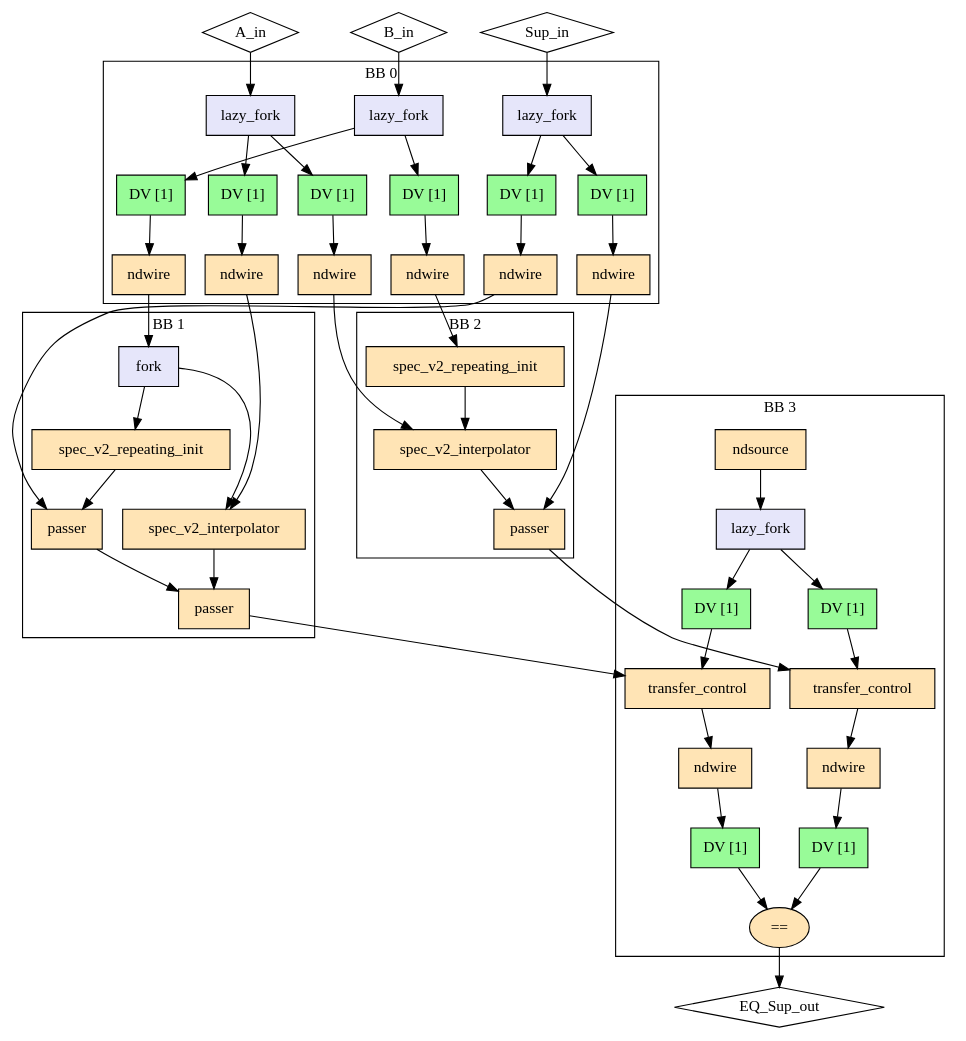
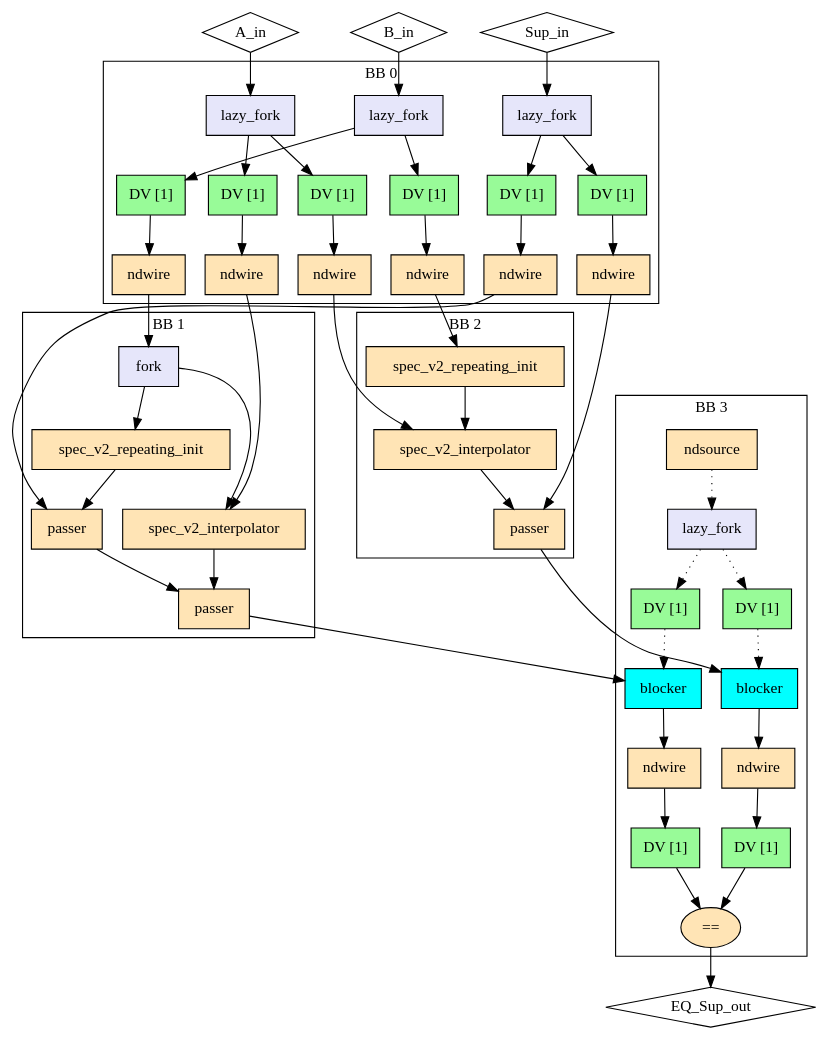
Before and after one commit to EPFL-LAP/dynamatic: the diagram in experimental/tools/elastic-miter/out/interpolator_ind/miter/model.dot, drawn with Graphviz. The commit also changed 159 other files, not shown here.

```diff
--- a/experimental/tools/elastic-miter/out/interpolator_ind/miter/model.dot
+++ b/experimental/tools/elastic-miter/out/interpolator_ind/miter/model.dot
@@ -14,8 +14,8 @@
   "rhs_in_ndw_B_in" -> "rhs_ri" ["dir"="both", "style"="solid", "arrowhead"="normal", "from_idx"="0", "to"="ins", "arrowtail"="none", "from"="outs", "to_idx"="0"]
   "lhs_in_ndw_Sup_in" -> "lhs_passer1" ["dir"="both", "style"="solid", "arrowhead"="normal", "from_idx"="0", "to"="data", "arrowtail"="none", "from"="outs", "to_idx"="0"]
   "rhs_in_ndw_Sup_in" -> "rhs_passer" ["dir"="both", "style"="solid", "arrowhead"="normal", "from_idx"="0", "to"="data", "arrowtail"="none", "from"="outs", "to_idx"="0"]
-  "lhs_passer2" -> "out_lhs_tc_Sup_out" ["dir"="both", "style"="solid", "arrowhead"="normal", "from_idx"="0", "to"="ins", "arrowtail"="none", "from"="result", "to_idx"="0"]
-  "rhs_passer" -> "out_rhs_tc_Sup_out" ["dir"="both", "style"="solid", "arrowhead"="normal", "from_idx"="0", "to"="ins", "arrowtail"="none", "from"="result", "to_idx"="0"]
+  "lhs_passer2" -> "out_lhs_bl_Sup_out" ["dir"="both", "style"="solid", "arrowhead"="normal", "from_idx"="0", "to"="ins", "arrowtail"="none", "from"="result", "to_idx"="0"]
+  "rhs_passer" -> "out_rhs_bl_Sup_out" ["dir"="both", "style"="solid", "arrowhead"="normal", "from_idx"="0", "to"="ins", "arrowtail"="none", "from"="result", "to_idx"="0"]
   "out_eq_Sup_out" -> "EQ_Sup_out" ["dir"="both", "style"="solid", "arrowhead"="normal", "from_idx"="0", "to"="EQ_Sup_out", "arrowtail"="none", "from"="result", "to_idx"="0"]
   subgraph cluster0 {
     graph ["label"="BB 0"]
@@ -74,20 +74,20 @@
     "out_lf_Sup_out" ["style"="filled", "fillcolor"="lavender", "shape"="box", "label"="lazy_fork", "mlir_op"="handshake.lazy_fork"]
     "out_buf_lhs_nds_Sup_out" ["style"="filled", "fillcolor"="palegreen", "shape"="box", "label"="DV [1]", "mlir_op"="handshake.buffer"]
     "out_buf_rhs_nds_Sup_out" ["style"="filled", "fillcolor"="palegreen", "shape"="box", "label"="DV [1]", "mlir_op"="handshake.buffer"]
-    "out_lhs_tc_Sup_out" ["style"="filled", "fillcolor"="moccasin", "shape"="box", "label"="transfer_control", "mlir_op"="handshake.transfer_control"]
-    "out_rhs_tc_Sup_out" ["style"="filled", "fillcolor"="moccasin", "shape"="box", "label"="transfer_control", "mlir_op"="handshake.transfer_control"]
+    "out_lhs_bl_Sup_out" ["style"="filled", "fillcolor"="cyan", "shape"="box", "label"="blocker", "mlir_op"="handshake.blocker"]
+    "out_rhs_bl_Sup_out" ["style"="filled", "fillcolor"="cyan", "shape"="box", "label"="blocker", "mlir_op"="handshake.blocker"]
     "lhs_out_ndw_Sup_out" ["style"="filled", "fillcolor"="moccasin", "shape"="box", "label"="ndwire", "mlir_op"="handshake.ndwire"]
     "rhs_out_ndw_Sup_out" ["style"="filled", "fillcolor"="moccasin", "shape"="box", "label"="ndwire", "mlir_op"="handshake.ndwire"]
     "lhs_out_buf_Sup_out" ["style"="filled", "fillcolor"="palegreen", "shape"="box", "label"="DV [1]", "mlir_op"="handshake.buffer"]
     "rhs_out_buf_Sup_out" ["style"="filled", "fillcolor"="palegreen", "shape"="box", "label"="DV [1]", "mlir_op"="handshake.buffer"]
     "out_eq_Sup_out" ["style"="filled", "fillcolor"="moccasin", "shape"="oval", "label"="==", "mlir_op"="handshake.cmpi=="]
-    "out_nds_Sup_out" -> "out_lf_Sup_out" ["dir"="both", "style"="solid", "arrowhead"="normal", "from_idx"="0", "to"="ins", "arrowtail"="none", "from"="result", "to_idx"="0"]
-    "out_lf_Sup_out" -> "out_buf_lhs_nds_Sup_out" ["dir"="both", "style"="solid", "arrowhead"="normal", "from_idx"="0", "to"="ins", "arrowtail"="none", "from"="outs_0", "to_idx"="0"]
-    "out_lf_Sup_out" -> "out_buf_rhs_nds_Sup_out" ["dir"="both", "style"="solid", "arrowhead"="normal", "from_idx"="1", "to"="ins", "arrowtail"="none", "from"="outs_1", "to_idx"="0"]
-    "out_buf_lhs_nds_Sup_out" -> "out_lhs_tc_Sup_out" ["dir"="both", "style"="solid", "arrowhead"="normal", "from_idx"="0", "to"="ctrl", "arrowtail"="none", "from"="outs", "to_idx"="1"]
-    "out_buf_rhs_nds_Sup_out" -> "out_rhs_tc_Sup_out" ["dir"="both", "style"="solid", "arrowhead"="normal", "from_idx"="0", "to"="ctrl", "arrowtail"="none", "from"="outs", "to_idx"="1"]
-    "out_lhs_tc_Sup_out" -> "lhs_out_ndw_Sup_out" ["dir"="both", "style"="solid", "arrowhead"="normal", "from_idx"="0", "to"="ins", "arrowtail"="none", "from"="outs", "to_idx"="0"]
-    "out_rhs_tc_Sup_out" -> "rhs_out_ndw_Sup_out" ["dir"="both", "style"="solid", "arrowhead"="normal", "from_idx"="0", "to"="ins", "arrowtail"="none", "from"="outs", "to_idx"="0"]
+    "out_nds_Sup_out" -> "out_lf_Sup_out" ["dir"="both", "style"="dotted", "arrowhead"="normal", "from_idx"="0", "to"="ins", "arrowtail"="none", "from"="result", "to_idx"="0"]
+    "out_lf_Sup_out" -> "out_buf_lhs_nds_Sup_out" ["dir"="both", "style"="dotted", "arrowhead"="normal", "from_idx"="0", "to"="ins", "arrowtail"="none", "from"="outs_0", "to_idx"="0"]
+    "out_lf_Sup_out" -> "out_buf_rhs_nds_Sup_out" ["dir"="both", "style"="dotted", "arrowhead"="normal", "from_idx"="1", "to"="ins", "arrowtail"="none", "from"="outs_1", "to_idx"="0"]
+    "out_buf_lhs_nds_Sup_out" -> "out_lhs_bl_Sup_out" ["dir"="both", "style"="dotted", "arrowhead"="normal", "from_idx"="0", "to"="ctrl", "arrowtail"="none", "from"="outs", "to_idx"="1"]
+    "out_buf_rhs_nds_Sup_out" -> "out_rhs_bl_Sup_out" ["dir"="both", "style"="dotted", "arrowhead"="normal", "from_idx"="0", "to"="ctrl", "arrowtail"="none", "from"="outs", "to_idx"="1"]
+    "out_lhs_bl_Sup_out" -> "lhs_out_ndw_Sup_out" ["dir"="both", "style"="solid", "arrowhead"="normal", "from_idx"="0", "to"="ins", "arrowtail"="none", "from"="outs", "to_idx"="0"]
+    "out_rhs_bl_Sup_out" -> "rhs_out_ndw_Sup_out" ["dir"="both", "style"="solid", "arrowhead"="normal", "from_idx"="0", "to"="ins", "arrowtail"="none", "from"="outs", "to_idx"="0"]
     "lhs_out_ndw_Sup_out" -> "lhs_out_buf_Sup_out" ["dir"="both", "style"="solid", "arrowhead"="normal", "from_idx"="0", "to"="ins", "arrowtail"="none", "from"="outs", "to_idx"="0"]
     "rhs_out_ndw_Sup_out" -> "rhs_out_buf_Sup_out" ["dir"="both", "style"="solid", "arrowhead"="normal", "from_idx"="0", "to"="ins", "arrowtail"="none", "from"="outs", "to_idx"="0"]
     "lhs_out_buf_Sup_out" -> "out_eq_Sup_out" ["dir"="both", "style"="solid", "arrowhead"="normal", "from_idx"="0", "to"="lhs", "arrowtail"="none", "from"="outs", "to_idx"="0"]
```
